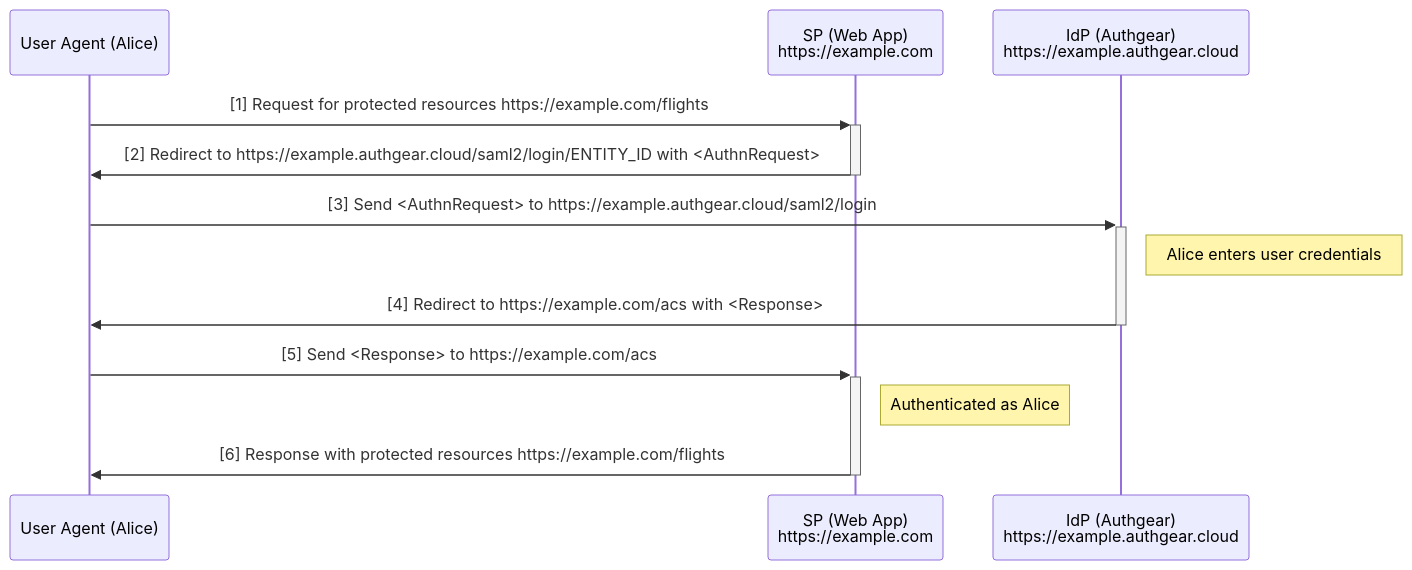
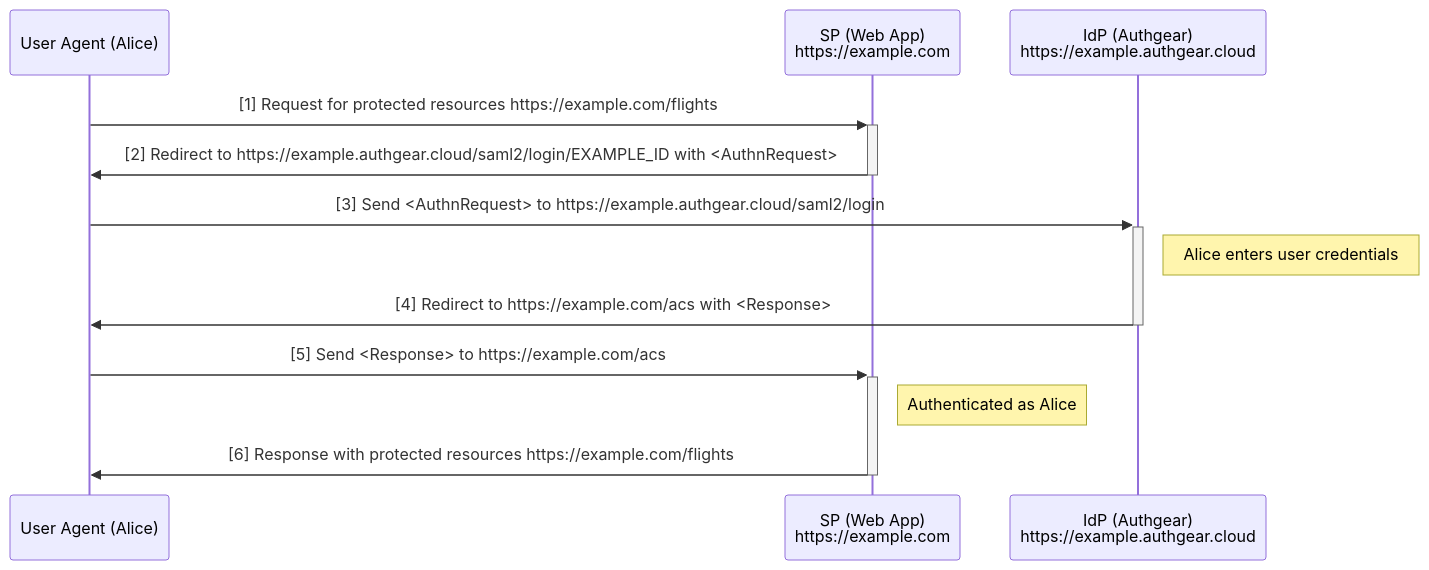
The first of 3 diagrams in docs/specs/saml.md (authgear/authgear-server), drawn with Mermaid before and after one commit. The commit also changed other lines of this file, not shown here.

Commit message:
Completly remove service provider entity id in the whole spec

````diff
--- a/docs/specs/saml.md
+++ b/docs/specs/saml.md
@@ -43,15 +43,15 @@
 ```mermaid
 sequenceDiagram
     participant ua as User Agent (Alice)
     participant sp as SP (Web App) <br/> https://example.com
     participant ag as IdP (Authgear) <br/> https://example.authgear.cloud
     ua->>+sp: [1] Request for protected resources https://example.com/flights
-    sp->>-ua: [2] Redirect to https://example.authgear.cloud/saml2/login/ENTITY_ID with <AuthnRequest>
+    sp->>-ua: [2] Redirect to https://example.authgear.cloud/saml2/login/EXAMPLE_ID with <AuthnRequest>
     ua->>+ag: [3] Send <AuthnRequest> to https://example.authgear.cloud/saml2/login
     Note right of ag: Alice enters user credentials
     ag->>-ua: [4] Redirect to https://example.com/acs with <Response>
     ua->>+sp: [5] Send <Response> to https://example.com/acs
     Note right of sp: Authenticated as Alice
     sp->>-ua: [6] Response with protected resources https://example.com/flights
 
 ```
````
